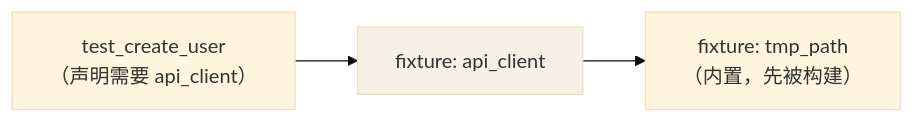
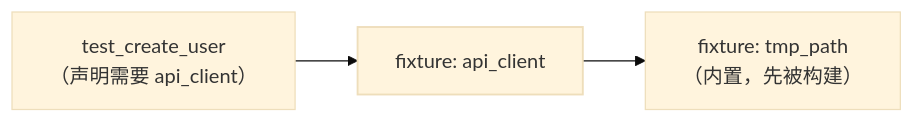
One commit to Loadhao/ascension changed the first of 2 diagrams in src/content/docs/python/advanced/eng/02-pytest.md. Above: the diagram before and after it, drawn with Mermaid (base theme). The commit also changed other lines of this file and 87 other files, not shown here.

First line of the commit message:
fix: 全站图表配色改由主题接管，修复暗色主题下浅底浅字看不清

````diff
--- a/src/content/docs/python/advanced/eng/02-pytest.md
+++ b/src/content/docs/python/advanced/eng/02-pytest.md
@@ -77,6 +77,7 @@
 ```mermaid
 flowchart LR
     TEST["test_create_user<br/>（声明需要 api_client）"] --> CLIENT["fixture: api_client"]
     CLIENT --> TMP["fixture: tmp_path<br/>（内置，先被构建）"]
-    style CLIENT fill:#f5f0e6
+    class CLIENT hl
+    classDef hl stroke-width:1.5px
 ```
````
